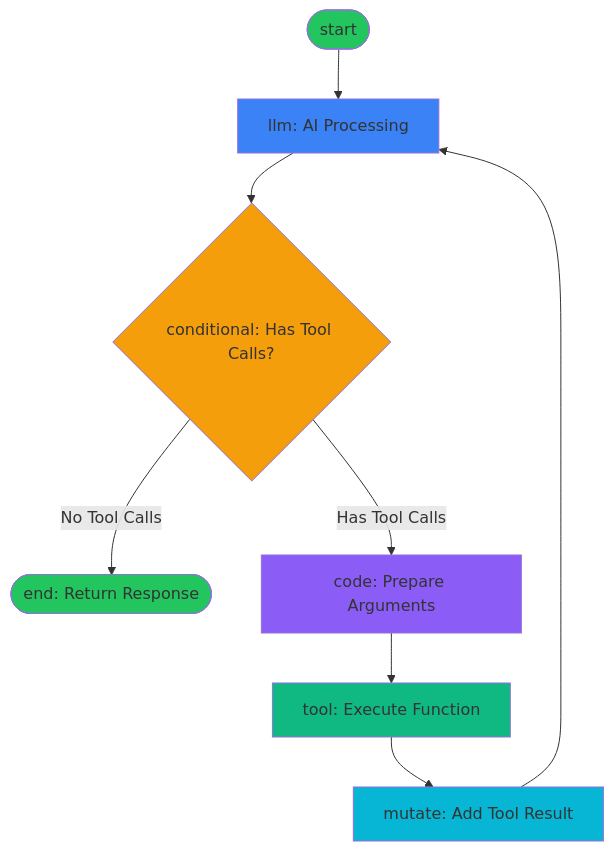
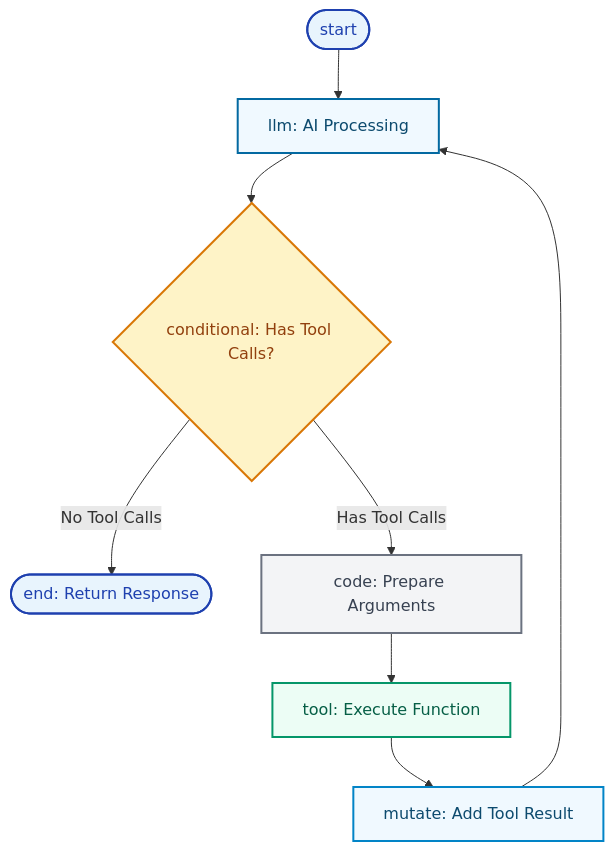
The diagram in packages/docs/content/docs/core-concepts/agents.mdx (theingenuityco/starships.ai), drawn with Mermaid before and after one commit. The commit also changed other lines of this file and 7 other files, not shown here.

````diff
--- a/packages/docs/content/docs/core-concepts/agents.mdx
+++ b/packages/docs/content/docs/core-concepts/agents.mdx
@@ -44,20 +44,20 @@
 ```mermaid
 graph TD
     START([start]) --> LLM[llm: AI Processing]
     LLM --> CHECK{conditional: Has Tool Calls?}
     
     CHECK -->|No Tool Calls| END([end: Return Response])
     CHECK -->|Has Tool Calls| ARGS[code: Prepare Arguments]
     
     ARGS --> TOOL[tool: Execute Function]
     TOOL --> RESULT[mutate: Add Tool Result]
     RESULT --> LLM
     
-    style START fill:#22c55e
-    style END fill:#22c55e
-    style LLM fill:#3b82f6
-    style CHECK fill:#f59e0b
-    style ARGS fill:#8b5cf6
-    style TOOL fill:#10b981
-    style RESULT fill:#06b6d4
+    style START fill:#e8f4fd,stroke:#1e40af,stroke-width:2px,color:#1e40af
+    style END fill:#e8f4fd,stroke:#1e40af,stroke-width:2px,color:#1e40af
+    style LLM fill:#f0f9ff,stroke:#0369a1,stroke-width:2px,color:#0c4a6e
+    style CHECK fill:#fef3c7,stroke:#d97706,stroke-width:2px,color:#92400e
+    style ARGS fill:#f3f4f6,stroke:#6b7280,stroke-width:2px,color:#374151
+    style TOOL fill:#ecfdf5,stroke:#059669,stroke-width:2px,color:#065f46
+    style RESULT fill:#f0f9ff,stroke:#0284c7,stroke-width:2px,color:#0c4a6e
 ```
````
